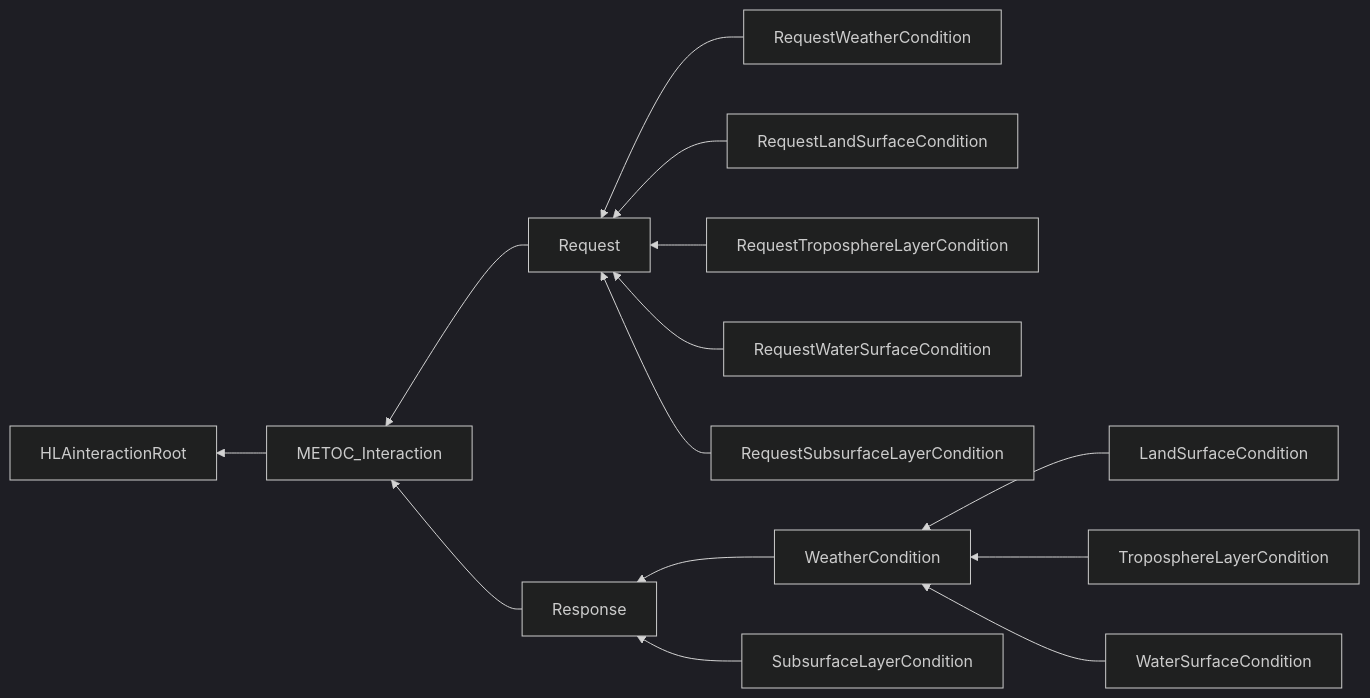
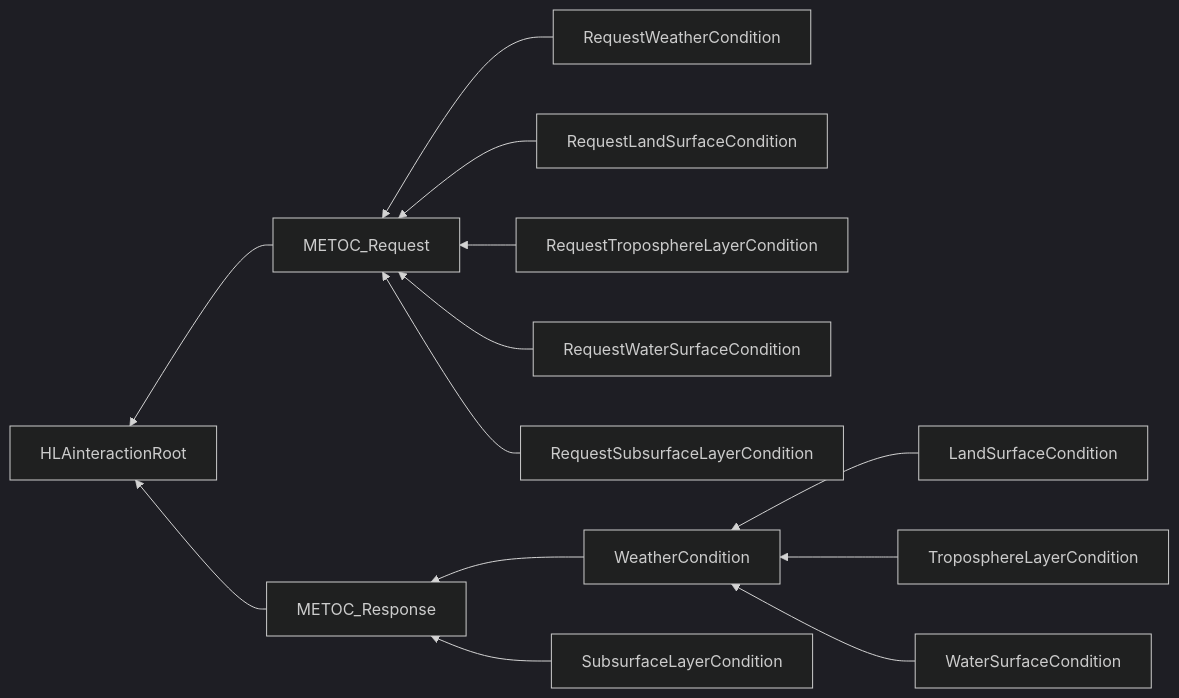
The second of 2 diagrams in NETN-METOC.md (AMSP-04/NETN-METOC), drawn with Mermaid (dark theme) before and after one commit. The commit also changed other lines of this file and 3 other files, not shown here.

````diff
--- a/NETN-METOC.md
+++ b/NETN-METOC.md
@@ -191,16 +171,15 @@
 ```mermaid
 graph RL
-METOC_Interaction-->HLAinteractionRoot
-Request-->METOC_Interaction
-Response-->METOC_Interaction
-RequestWeatherCondition-->Request
-RequestLandSurfaceCondition-->Request
-RequestTroposphereLayerCondition-->Request
-RequestWaterSurfaceCondition-->Request
-RequestSubsurfaceLayerCondition-->Request
-WeatherCondition-->Response
-SubsurfaceLayerCondition-->Response
+METOC_Request-->HLAinteractionRoot
+METOC_Response-->HLAinteractionRoot
+RequestWeatherCondition-->METOC_Request
+RequestLandSurfaceCondition-->METOC_Request
+RequestTroposphereLayerCondition-->METOC_Request
+RequestWaterSurfaceCondition-->METOC_Request
+RequestSubsurfaceLayerCondition-->METOC_Request
+WeatherCondition-->METOC_Response
+SubsurfaceLayerCondition-->METOC_Response
 LandSurfaceCondition-->WeatherCondition
 TroposphereLayerCondition-->WeatherCondition
 WaterSurfaceCondition-->WeatherCondition
 ```
````
